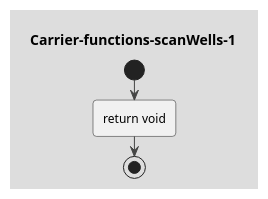
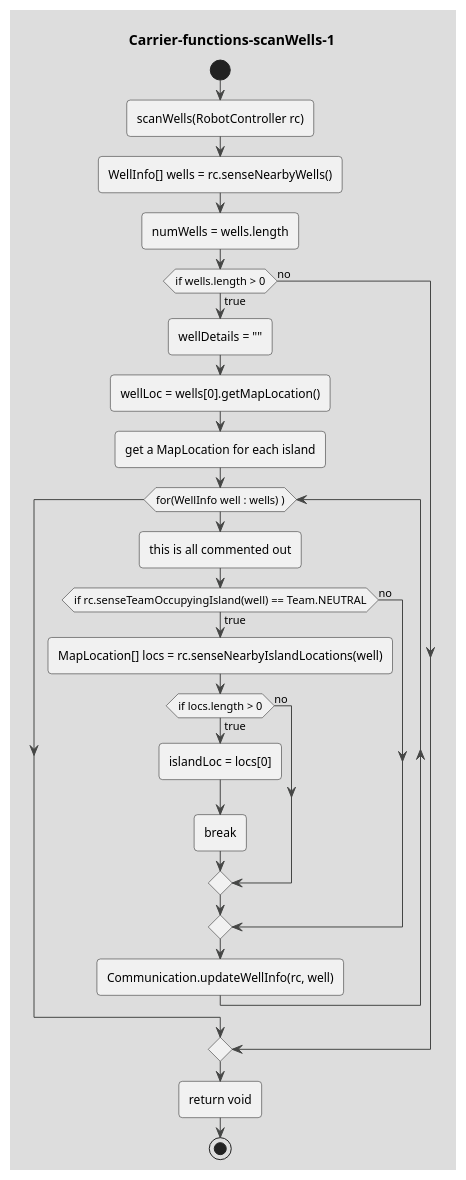
The diagram in drawings/Carrier-functions-scanWells-1.puml (coding-to-music/plantuml-diagram-examples), drawn with PlantUML before and after one commit. The commit also changed 8 other files, not shown here.

```diff
--- a/drawings/Carrier-functions-scanWells-1.puml
+++ b/drawings/Carrier-functions-scanWells-1.puml
@@ -1,43 +1,37 @@
 @startuml Carrier-functions-scanWells-1
 !theme toy 
 title Carrier-functions-scanWells-1
 start
 
 ' static void scanWells(RobotController rc) throws GameActionException {
-' WellInfo[] wells = rc.senseNearbyWells();
 
-' numWells = wells.length;
+:scanWells(RobotController rc);
+:WellInfo[] wells = rc.senseNearbyWells();
 
-' // logDetails = rc.getTeam() + ":"
-' // + rc.getType() + "#" 
-' // + rc.getID()  
-' logDetails = " Health: " + rc.getHealth()  
-' + " Location: " + rc.getLocation()
-' + " RobotCount: " + rc.getRobotCount()
-' + " numWells: " + numWells
-' + " AD: " + rc.getResourceAmount(ResourceType.ADAMANTIUM) 
-' + " MN: " + rc.getResourceAmount(ResourceType.MANA)  
-' + " EX: " + rc.getResourceAmount(ResourceType.ELIXIR)
-' // + " getClosestEnemy: " + Communication.getClosestEnemy(rc)  
-' + " NumAnchors: " + rc.getNumAnchors(Anchor.STANDARD);   
+:numWells = wells.length;
 
+if(if wells.length > 0) then (true)
+    :wellDetails = "";
+    :wellLoc = wells[0].getMapLocation();
+    :get a MapLocation for each island;
 
-' if(wells.length > 0) {
-'     wellDetails = "";
-'     wellLoc = wells[0].getMapLocation();
-'     // get a MapLocation for each island
-'     for(WellInfo well : wells) {
-'         // if(rc.senseTeamOccupyingIsland(well) == Team.NEUTRAL) {
-'         //     MapLocation[] locs = rc.senseNearbyIslandLocations(well);
-'         //     if(locs.length > 0) {
-'         //         islandLoc = locs[0];
-'         //         break;
-'         //     }
-'         // }
-
-'         Communication.updateWellInfo(rc, well);
+    while (for(WellInfo well : wells) ))
+        :this is all commented out;
+        if (if rc.senseTeamOccupyingIsland(well) == Team.NEUTRAL) then (true)
+            :MapLocation[] locs = rc.senseNearbyIslandLocations(well);
+            if(if locs.length > 0) then (true)
+                :islandLoc = locs[0];
+                :break;
+            else (no)
+            endif
+        else (no)
+        endif
+        :Communication.updateWellInfo(rc, well);
+    endwhile
+else (no)
+endif
 
 
 :return void; 
 stop
 @enduml
```
